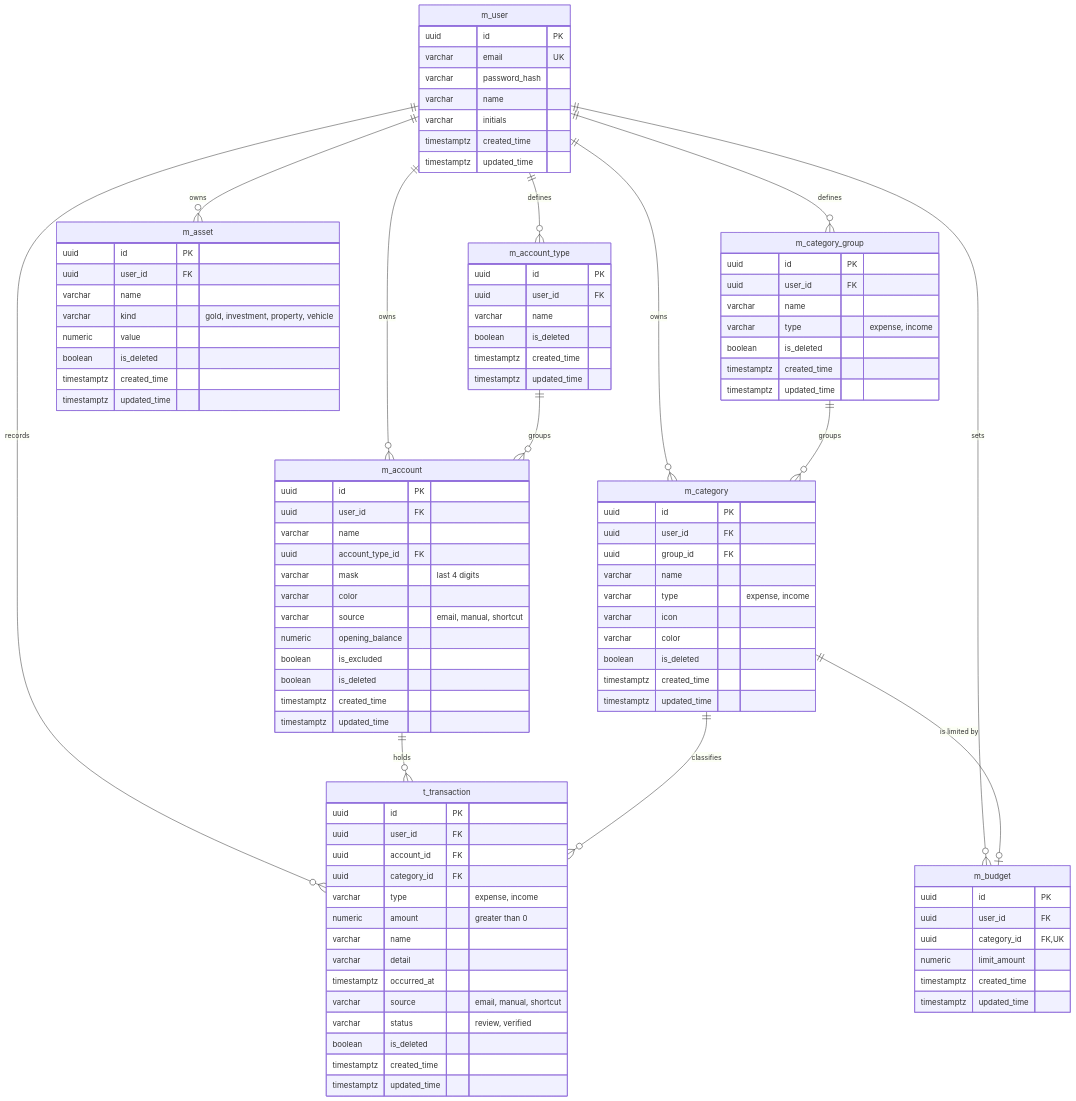
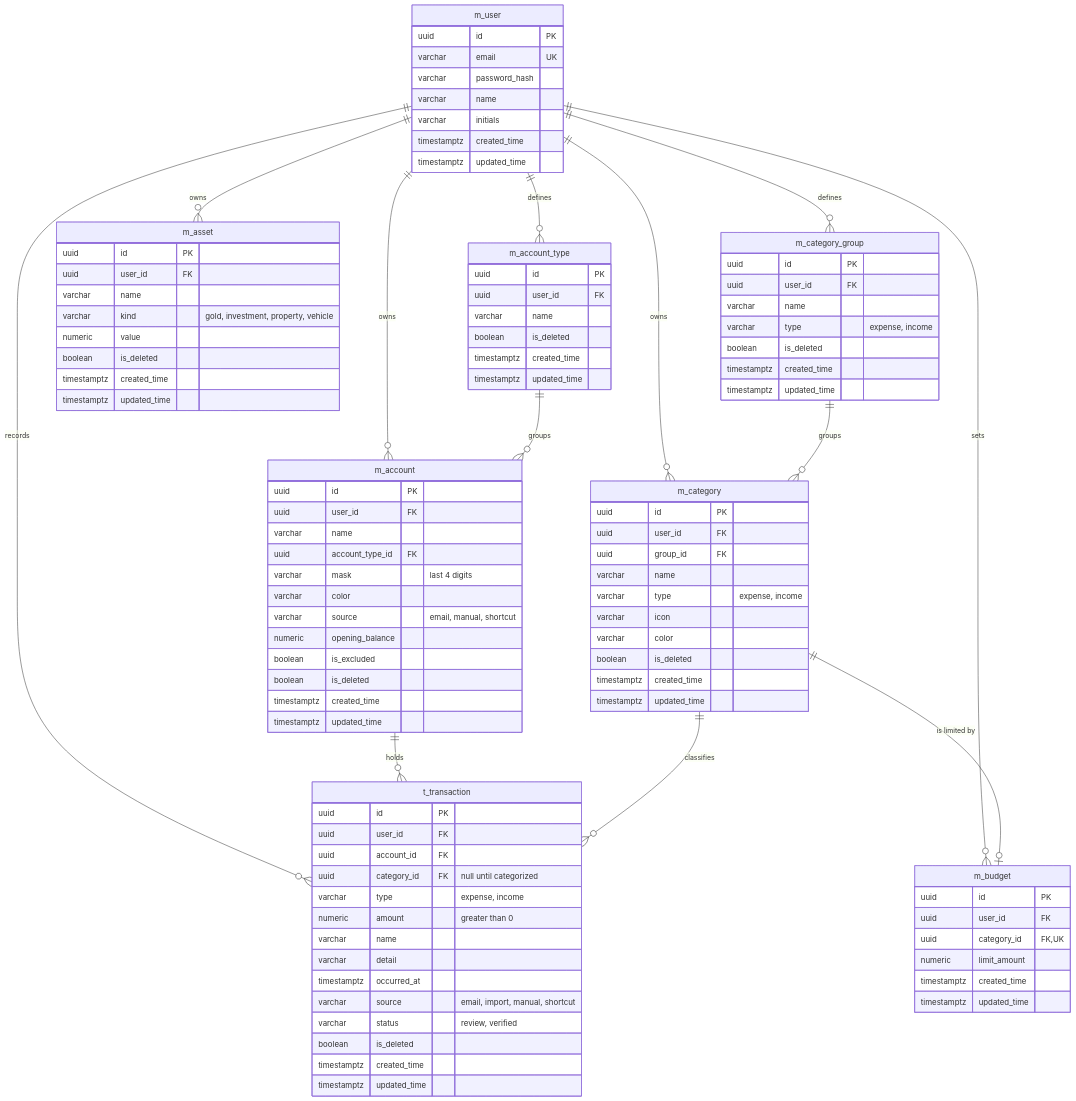
Before and after one commit to rendrooy/Fynlo: the diagram in docs/erd.md, drawn with Mermaid. The commit also changed other lines of this file and 36 other files, not shown here.

```diff
--- a/docs/erd.md
+++ b/docs/erd.md
@@ -96,13 +96,13 @@
         uuid id PK
         uuid user_id FK
         uuid account_id FK
-        uuid category_id FK
+        uuid category_id FK "null until categorized"
         varchar type "expense, income"
         numeric amount "greater than 0"
         varchar name
         varchar detail
         timestamptz occurred_at
-        varchar source "email, manual, shortcut"
+        varchar source "email, import, manual, shortcut"
         varchar status "review, verified"
         boolean is_deleted
         timestamptz created_time
```
